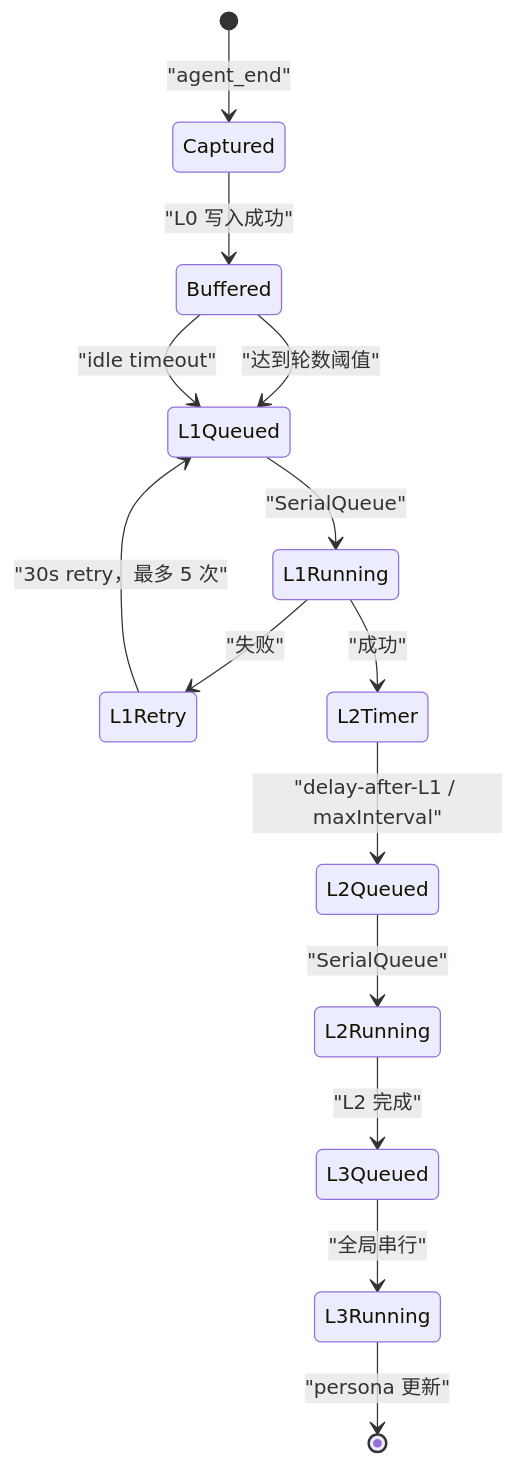
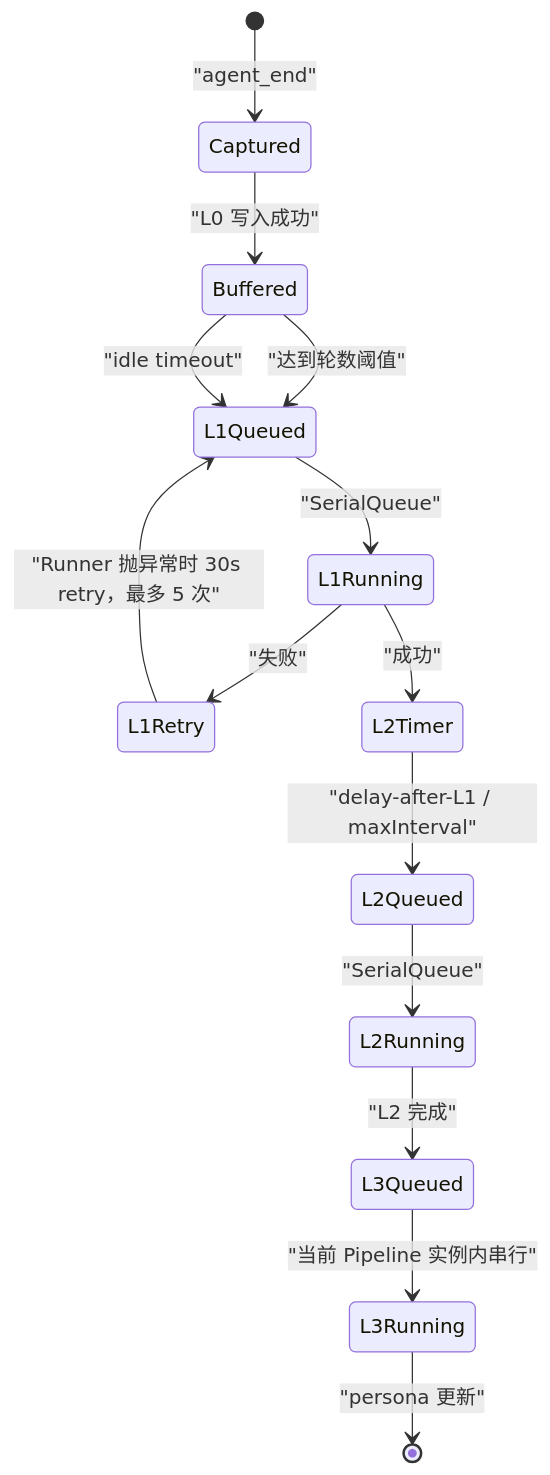
One commit to PorunC/interview changed the sixth of 15 diagrams in 问题/03-Agent-Memory/Agent-Memory-端到端系统深挖.md. Above: the diagram before and after it, drawn with Mermaid. The commit also changed other lines of this file and 27 other files, not shown here.

````diff
--- a/问题/03-Agent-Memory/Agent-Memory-端到端系统深挖.md
+++ b/问题/03-Agent-Memory/Agent-Memory-端到端系统深挖.md
@@ -267,16 +267,16 @@
 ```mermaid
 stateDiagram-v2
   [*] --> Captured: "agent_end"
   Captured --> Buffered: "L0 写入成功"
   Buffered --> L1Queued: "达到轮数阈值"
   Buffered --> L1Queued: "idle timeout"
   L1Queued --> L1Running: "SerialQueue"
   L1Running --> L1Retry: "失败"
-  L1Retry --> L1Queued: "30s retry，最多 5 次"
+  L1Retry --> L1Queued: "Runner 抛异常时 30s retry，最多 5 次"
   L1Running --> L2Timer: "成功"
   L2Timer --> L2Queued: "delay-after-L1 / maxInterval"
   L2Queued --> L2Running: "SerialQueue"
   L2Running --> L3Queued: "L2 完成"
-  L3Queued --> L3Running: "全局串行"
+  L3Queued --> L3Running: "当前 Pipeline 实例内串行"
   L3Running --> [*]: "persona 更新"
 ```
````
